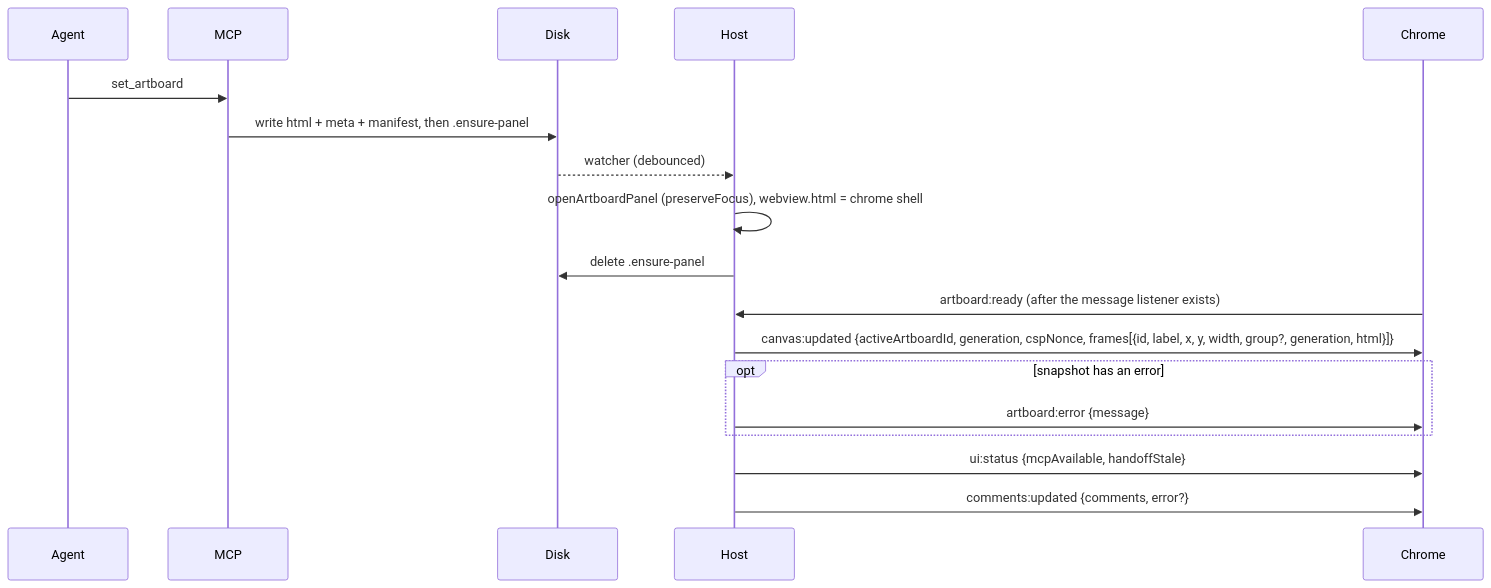
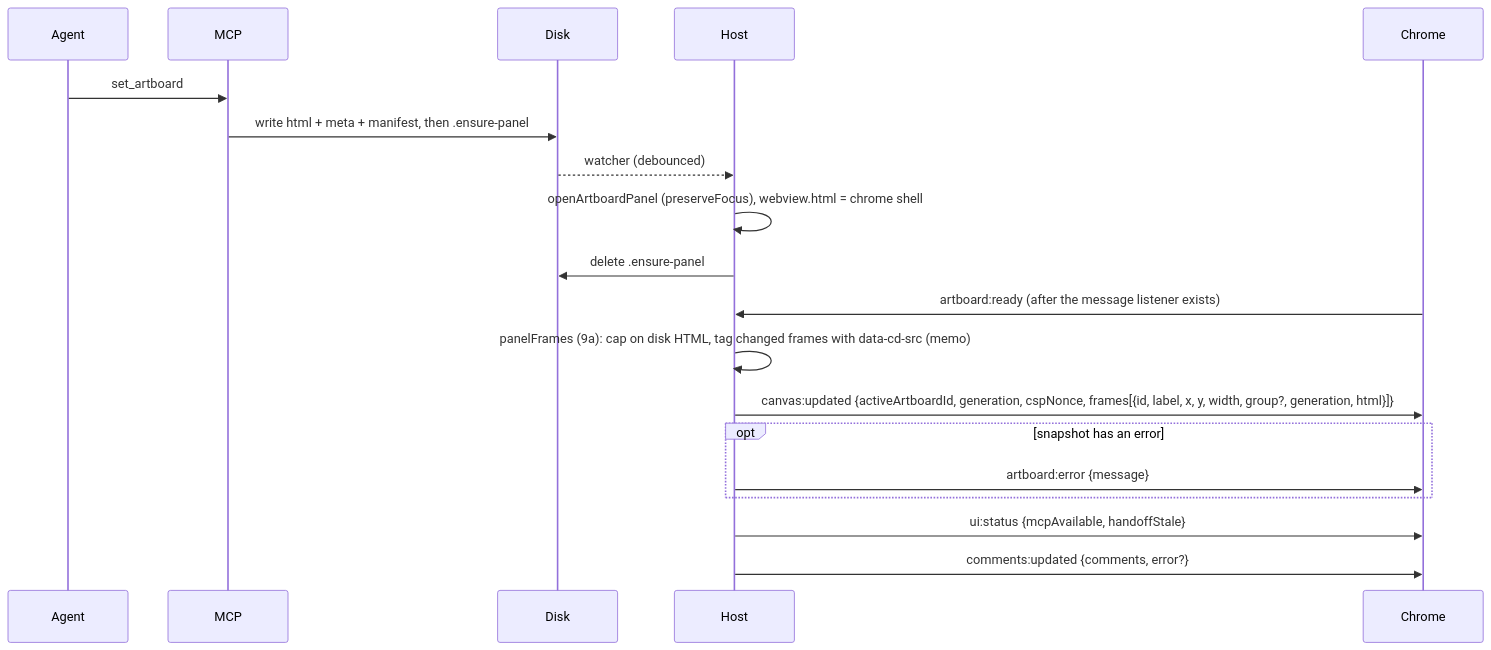
One commit to MarekBombera/cursor-design-extension changed the third of 10 diagrams in blueprint/context/system-map.md. Above: the diagram before and after it, drawn with Mermaid. The commit also changed other lines of this file and 31 other files, not shown here.

````diff
--- a/blueprint/context/system-map.md
+++ b/blueprint/context/system-map.md
@@ -119,20 +121,21 @@
 ```mermaid
 sequenceDiagram
   participant A as Agent
   participant M as MCP
   participant D as Disk
   participant H as Host
   participant C as Chrome
   A->>M: set_artboard
   M->>D: write html + meta + manifest, then .ensure-panel
   D-->>H: watcher (debounced)
   H->>H: openArtboardPanel (preserveFocus), webview.html = chrome shell
   H->>D: delete .ensure-panel
   C->>H: artboard:ready (after the message listener exists)
+  H->>H: panelFrames (9a): cap on disk HTML, tag changed frames with data-cd-src (memo)
   H->>C: canvas:updated {activeArtboardId, generation, cspNonce, frames[{id, label, x, y, width, group?, generation, html}]}
   opt snapshot has an error
     H->>C: artboard:error {message}
   end
   H->>C: ui:status {mcpAvailable, handoffStale}
   H->>C: comments:updated {comments, error?}
 ```
````
